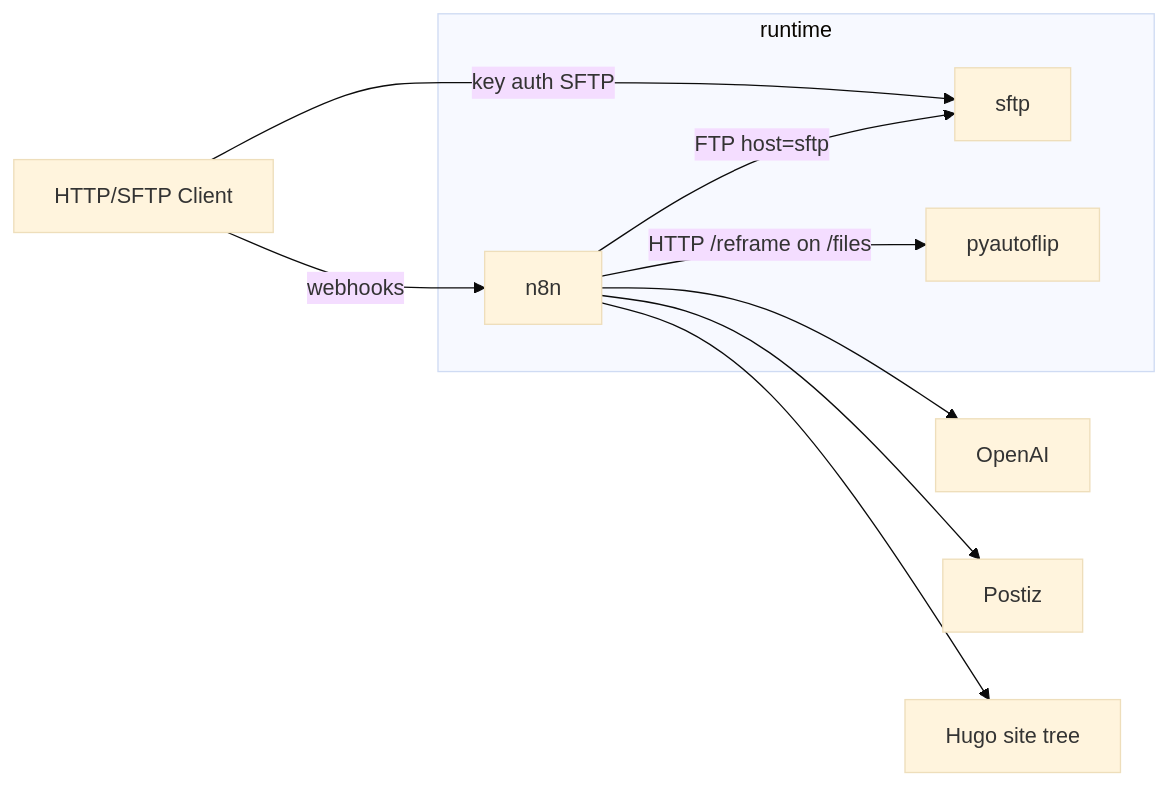
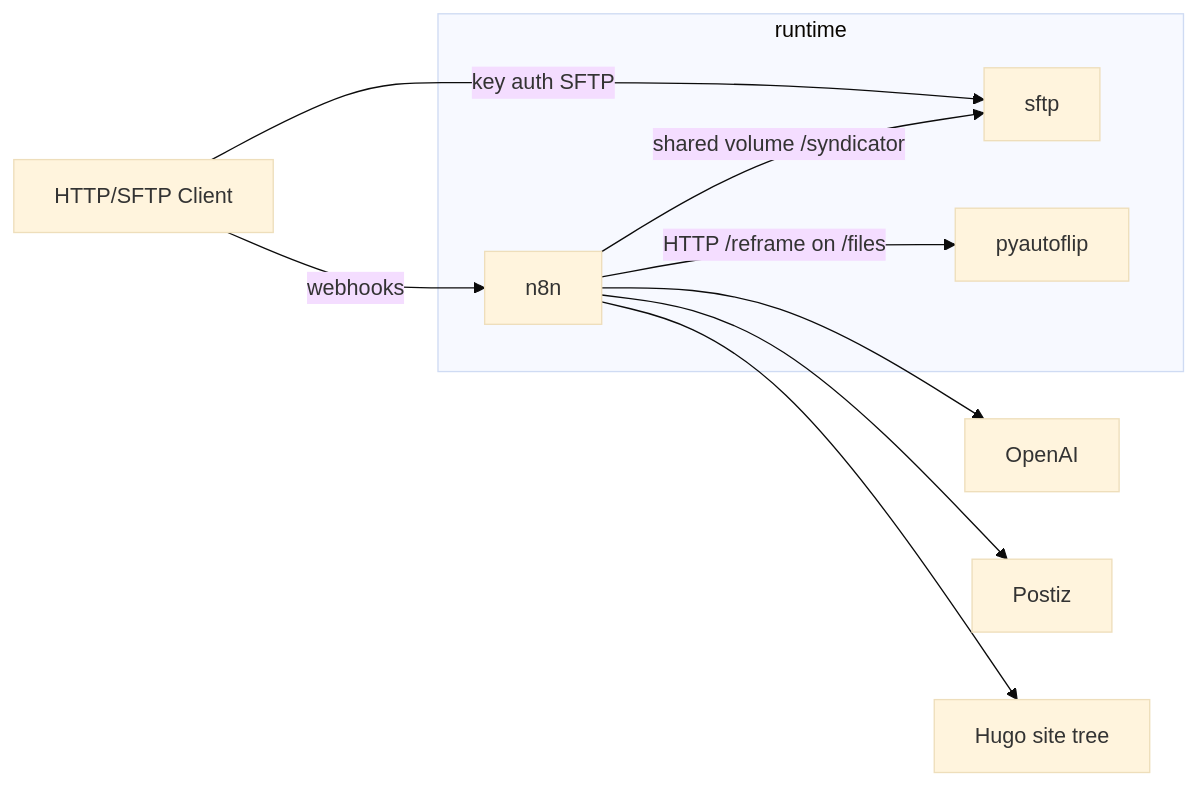
The diagram in README.md (bbaumgartner/syndicator), drawn with Mermaid (base theme) before and after one commit. The commit also changed other lines of this file and 18 other files, not shown here.

First line of the commit message:
Give n8n a shared SFTP volume instead of an internal FTP hop.

````diff
--- a/README.md
+++ b/README.md
@@ -232,16 +232,16 @@
 ```mermaid
 flowchart LR
   Caller["HTTP/SFTP Client"]
   subgraph runtime ["runtime"]
     SFTP["sftp"]
     N8N["n8n"]
     PyAF["pyautoflip"]
   end
   Caller -->|key auth SFTP| SFTP
   Caller -->|webhooks| N8N
-  N8N -->|FTP host=sftp| SFTP
+  N8N -->|shared volume /syndicator| SFTP
   N8N -->|HTTP /reframe on /files| PyAF
   N8N --> OpenAI["OpenAI"]
   N8N --> Postiz["Postiz"]
   N8N --> Hugo["Hugo site tree"]
 ```
````
